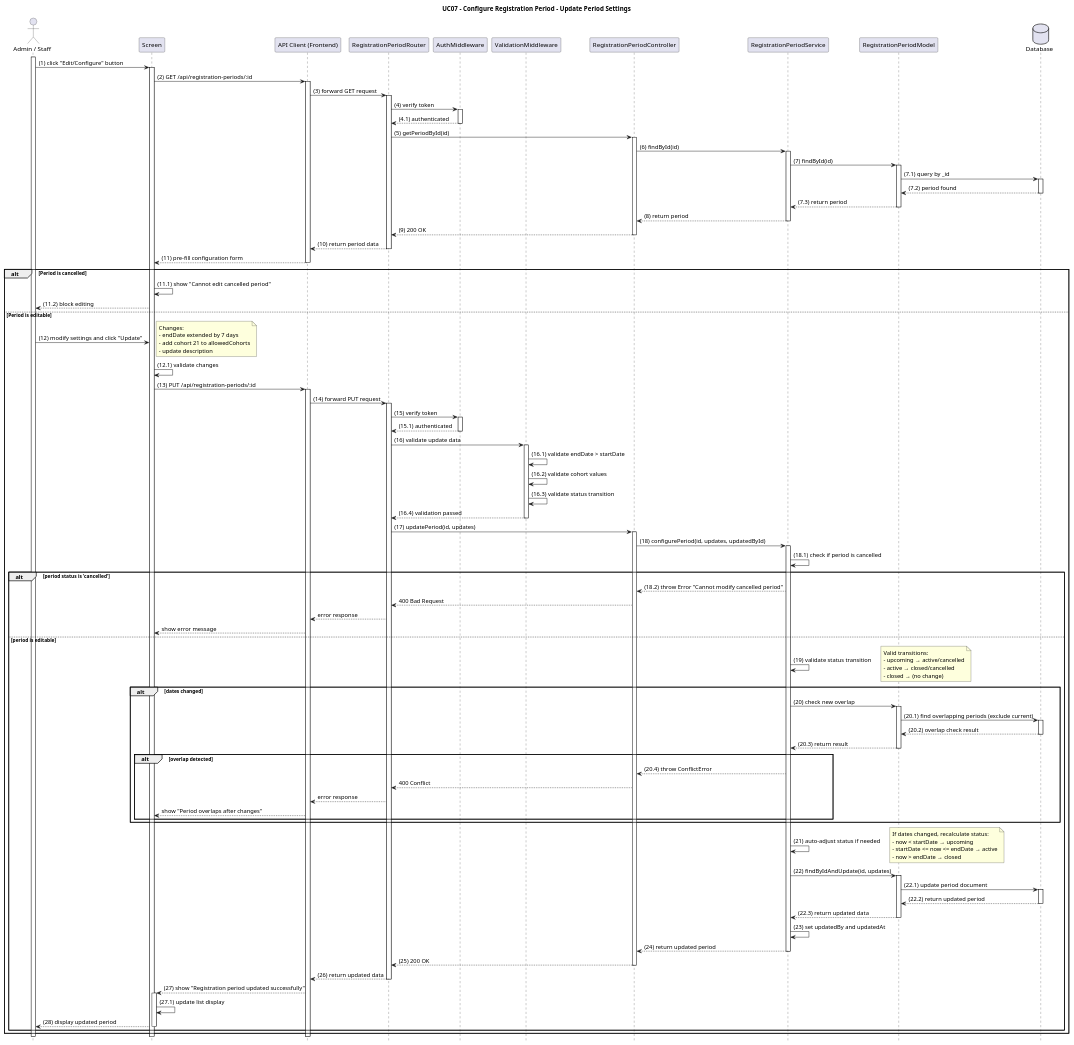
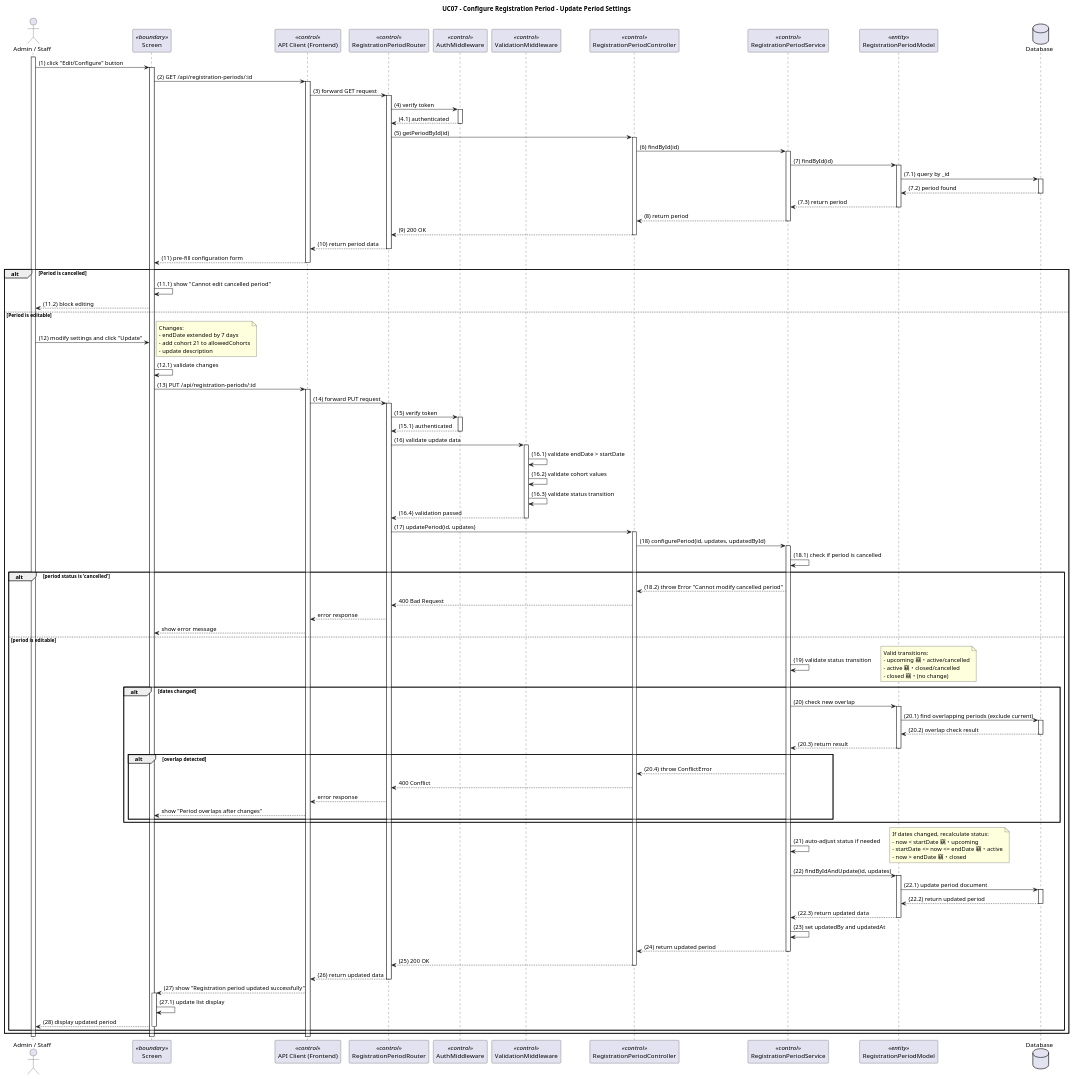
The diagram in backend-api/diagrams/UC07_Configure_Registration_Period.puml (oanhntkce181400-poon/WDP391_SE1808_Group02_SSMS), drawn with PlantUML before and after one commit. The commit also changed 38 other files, not shown here.

Commit message:
feat: stabilize enrollment, lecturer, and schedule flows

```diff
--- a/backend-api/diagrams/UC07_Configure_Registration_Period.puml
+++ b/backend-api/diagrams/UC07_Configure_Registration_Period.puml
@@ -1,153 +1,152 @@
 @startuml
 title UC07 - Configure Registration Period - Update Period Settings
 
-hide footbox
-
-actor PrimaryActor as "Admin / Staff"
-participant Screen as "Screen"
-participant APIClient as "API Client (Frontend)"
-participant RegPeriodRouter as "RegistrationPeriodRouter"
-participant AuthMiddleware as "AuthMiddleware"
-participant ValidationMiddleware as "ValidationMiddleware"
-participant RegPeriodController as "RegistrationPeriodController"
-participant RegPeriodService as "RegistrationPeriodService"
-participant RegPeriodModel as "RegistrationPeriodModel"
-database DB as "Database"
-
+skinparam participantStyle rectangle
+skinparam shadowing false
+actor "Admin / Staff" as PrimaryActor
+participant "Screen" as Screen <<boundary>>
+participant "API Client (Frontend)" as APIClient <<control>>
+participant "RegistrationPeriodRouter" as RegPeriodRouter <<control>>
+participant "AuthMiddleware" as AuthMiddleware <<control>>
+participant "ValidationMiddleware" as ValidationMiddleware <<control>>
+participant "RegistrationPeriodController" as RegPeriodController <<control>>
+participant "RegistrationPeriodService" as RegPeriodService <<control>>
+participant "RegistrationPeriodModel" as RegPeriodModel <<entity>>
+database "Database" as DB
 activate PrimaryActor
 PrimaryActor -> Screen: (1) click "Edit/Configure" button
 activate Screen
 
 Screen -> APIClient: (2) GET /api/registration-periods/:id
 activate APIClient
 APIClient -> RegPeriodRouter: (3) forward GET request
 activate RegPeriodRouter
 RegPeriodRouter -> AuthMiddleware: (4) verify token
 activate AuthMiddleware
 AuthMiddleware --> RegPeriodRouter: (4.1) authenticated
 deactivate AuthMiddleware
 RegPeriodRouter -> RegPeriodController: (5) getPeriodById(id)
 activate RegPeriodController
 RegPeriodController -> RegPeriodService: (6) findById(id)
 activate RegPeriodService
 RegPeriodService -> RegPeriodModel: (7) findById(id)
 activate RegPeriodModel
 RegPeriodModel -> DB: (7.1) query by _id
 activate DB
 DB --> RegPeriodModel: (7.2) period found
 deactivate DB
 RegPeriodModel --> RegPeriodService: (7.3) return period
 deactivate RegPeriodModel
 RegPeriodService --> RegPeriodController: (8) return period
 deactivate RegPeriodService
 RegPeriodController --> RegPeriodRouter: (9) 200 OK
 deactivate RegPeriodController
 RegPeriodRouter --> APIClient: (10) return period data
 deactivate RegPeriodRouter
 APIClient --> Screen: (11) pre-fill configuration form
 deactivate APIClient
 
 alt Period is cancelled
     Screen -> Screen: (11.1) show "Cannot edit cancelled period"
     Screen --> PrimaryActor: (11.2) block editing
 else Period is editable
     PrimaryActor -> Screen: (12) modify settings and click "Update"
     note right
       Changes:
       - endDate extended by 7 days
       - add cohort 21 to allowedCohorts
       - update description
     end note
 
     Screen -> Screen: (12.1) validate changes
     Screen -> APIClient: (13) PUT /api/registration-periods/:id
     activate APIClient
     APIClient -> RegPeriodRouter: (14) forward PUT request
     activate RegPeriodRouter
     RegPeriodRouter -> AuthMiddleware: (15) verify token
     activate AuthMiddleware
     AuthMiddleware --> RegPeriodRouter: (15.1) authenticated
     deactivate AuthMiddleware
 
     RegPeriodRouter -> ValidationMiddleware: (16) validate update data
     activate ValidationMiddleware
     ValidationMiddleware -> ValidationMiddleware: (16.1) validate endDate > startDate
     ValidationMiddleware -> ValidationMiddleware: (16.2) validate cohort values
     ValidationMiddleware -> ValidationMiddleware: (16.3) validate status transition
     ValidationMiddleware --> RegPeriodRouter: (16.4) validation passed
     deactivate ValidationMiddleware
 
     RegPeriodRouter -> RegPeriodController: (17) updatePeriod(id, updates)
     activate RegPeriodController
     RegPeriodController -> RegPeriodService: (18) configurePeriod(id, updates, updatedById)
     activate RegPeriodService
 
     RegPeriodService -> RegPeriodService: (18.1) check if period is cancelled
     alt period status is 'cancelled'
         RegPeriodService --> RegPeriodController: (18.2) throw Error "Cannot modify cancelled period"
         RegPeriodController --> RegPeriodRouter: 400 Bad Request
         RegPeriodRouter --> APIClient: error response
         APIClient --> Screen: show error message
     else period is editable
         RegPeriodService -> RegPeriodService: (19) validate status transition
         note right
           Valid transitions:
-          - upcoming → active/cancelled
-          - active → closed/cancelled
-          - closed → (no change)
+          - upcoming 竊・active/cancelled
+          - active 竊・closed/cancelled
+          - closed 竊・(no change)
         end note
 
         alt dates changed
             RegPeriodService -> RegPeriodModel: (20) check new overlap
             activate RegPeriodModel
             RegPeriodModel -> DB: (20.1) find overlapping periods (exclude current)
             activate DB
             DB --> RegPeriodModel: (20.2) overlap check result
             deactivate DB
             RegPeriodModel --> RegPeriodService: (20.3) return result
             deactivate RegPeriodModel
 
             alt overlap detected
                 RegPeriodService --> RegPeriodController: (20.4) throw ConflictError
                 RegPeriodController --> RegPeriodRouter: 400 Conflict
                 RegPeriodRouter --> APIClient: error response
                 APIClient --> Screen: show "Period overlaps after changes"
             end
         end
 
         RegPeriodService -> RegPeriodService: (21) auto-adjust status if needed
         note right
           If dates changed, recalculate status:
-          - now < startDate → upcoming
-          - startDate <= now <= endDate → active
-          - now > endDate → closed
+          - now < startDate 竊・upcoming
+          - startDate <= now <= endDate 竊・active
+          - now > endDate 竊・closed
         end note
 
         RegPeriodService -> RegPeriodModel: (22) findByIdAndUpdate(id, updates)
         activate RegPeriodModel
         RegPeriodModel -> DB: (22.1) update period document
         activate DB
         DB --> RegPeriodModel: (22.2) return updated period
         deactivate DB
         RegPeriodModel --> RegPeriodService: (22.3) return updated data
         deactivate RegPeriodModel
 
         RegPeriodService -> RegPeriodService: (23) set updatedBy and updatedAt
         RegPeriodService --> RegPeriodController: (24) return updated period
         deactivate RegPeriodService
 
         RegPeriodController --> RegPeriodRouter: (25) 200 OK
         deactivate RegPeriodController
         RegPeriodRouter --> APIClient: (26) return updated data
         deactivate RegPeriodRouter
         APIClient --> Screen: (27) show "Registration period updated successfully"
         activate Screen
         Screen -> Screen: (27.1) update list display
         Screen --> PrimaryActor: (28) display updated period
         deactivate Screen
     end
 end
 deactivate APIClient
 deactivate PrimaryActor
 
 @enduml
```
